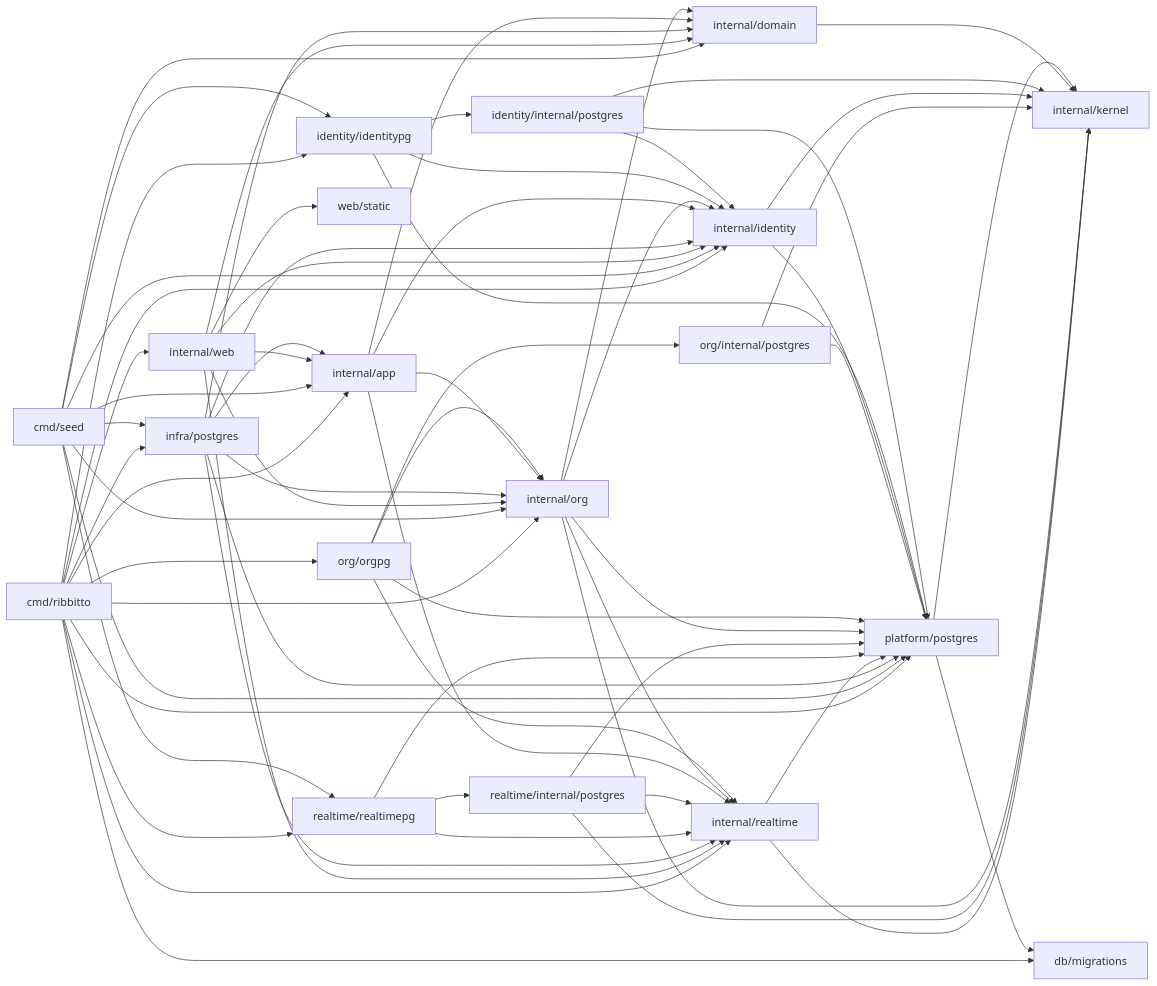
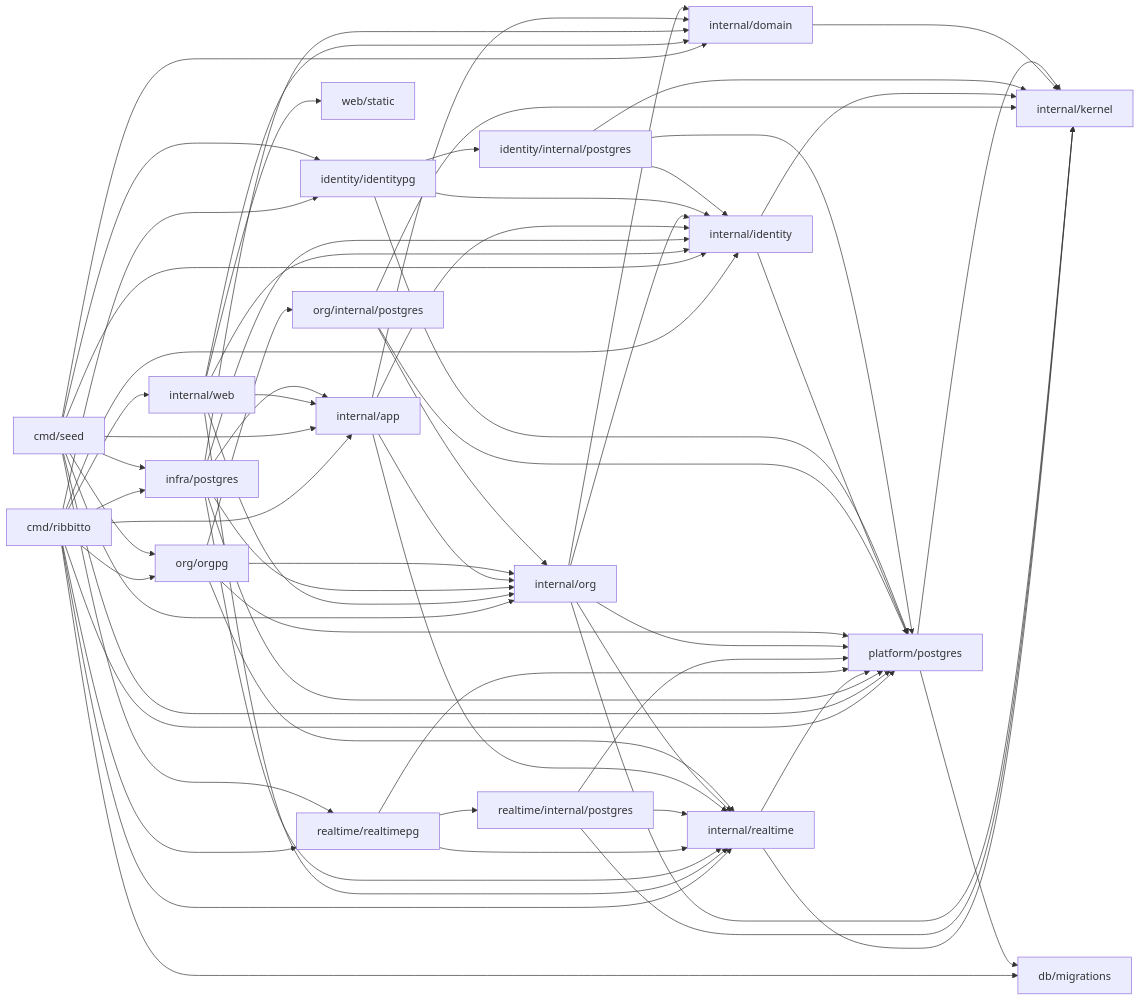
Before and after one commit to tkakkie/ribbitto: the diagram in docs/architecture/packages.md, drawn with Mermaid. The commit also changed other lines of this file and 30 other files, not shown here.

````diff
--- a/docs/architecture/packages.md
+++ b/docs/architecture/packages.md
@@ -66,19 +66,19 @@
 ```mermaid
 flowchart LR
-  cmd[cmd/ribbitto] --> web & app & org & orgpg[org/orgpg] & identity & identitypg[identity/identitypg] & realtimepg & postgres[infra/postgres] & realtime & platform[platform/postgres] & migrations[db/migrations]
-  seed[cmd/seed] --> app & org & identity & identitypg & realtimepg & postgres & platform & domain
+  cmd[cmd/ribbitto] --> web & app & orgpg[org/orgpg] & identity & identitypg[identity/identitypg] & realtimepg & postgres[infra/postgres] & realtime & platform[platform/postgres] & migrations[db/migrations]
+  seed[cmd/seed] --> app & org & orgpg & identity & identitypg & realtimepg & postgres & platform & domain
   web[internal/web] --> app & org & identity & domain & realtime & static[web/static]
   postgres --> app & org & identity & domain & platform & realtime
   realtime[internal/realtime] --> kernel & platform
   realtimepg[realtime/realtimepg] --> realtime & rstore[realtime/internal/postgres] & platform
   rstore --> realtime & platform & kernel
   app[internal/app] --> org & identity & realtime & domain[internal/domain]
   org[internal/org] --> identity & realtime & domain & kernel & platform
   orgpg --> org & ostore[org/internal/postgres] & platform & realtime
-  ostore --> platform & kernel
+  ostore --> org & platform & kernel
   identity[internal/identity] --> kernel & platform
   identitypg --> identity & store[identity/internal/postgres] & platform
   store --> identity & platform & kernel
   domain --> kernel[internal/kernel]
   platform --> kernel & migrations
 ```
````
